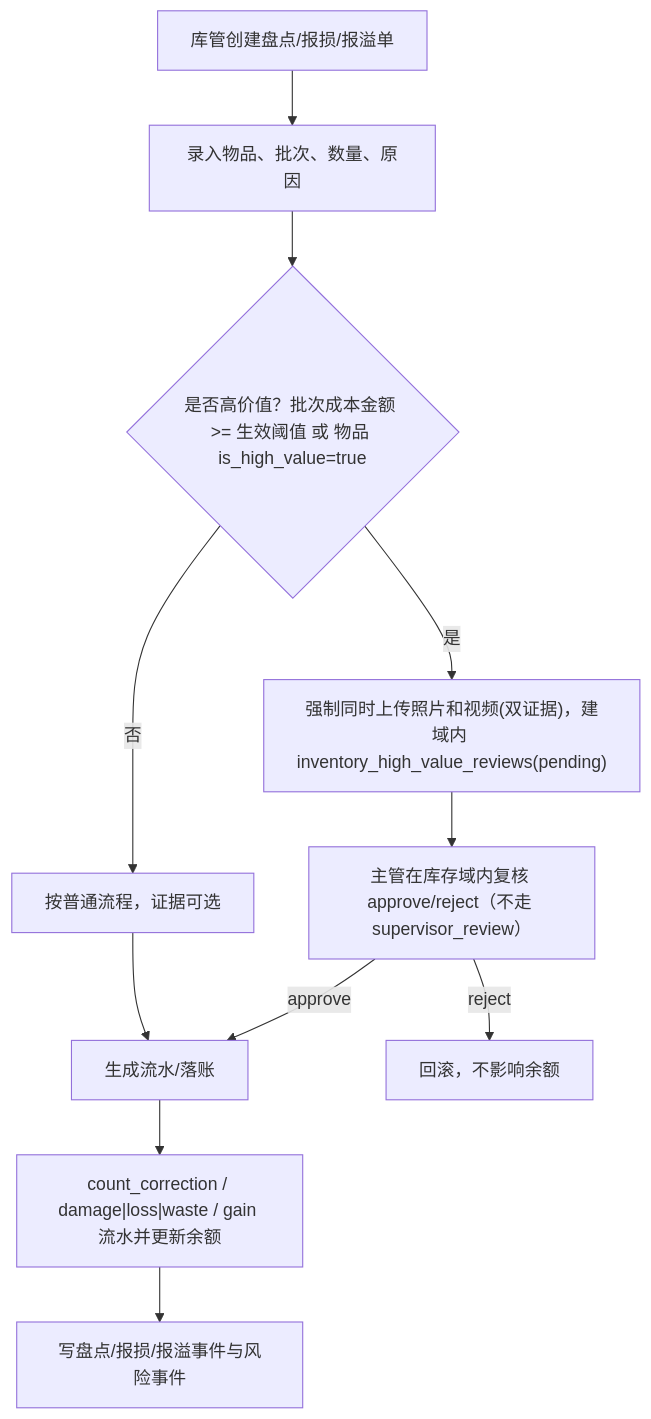
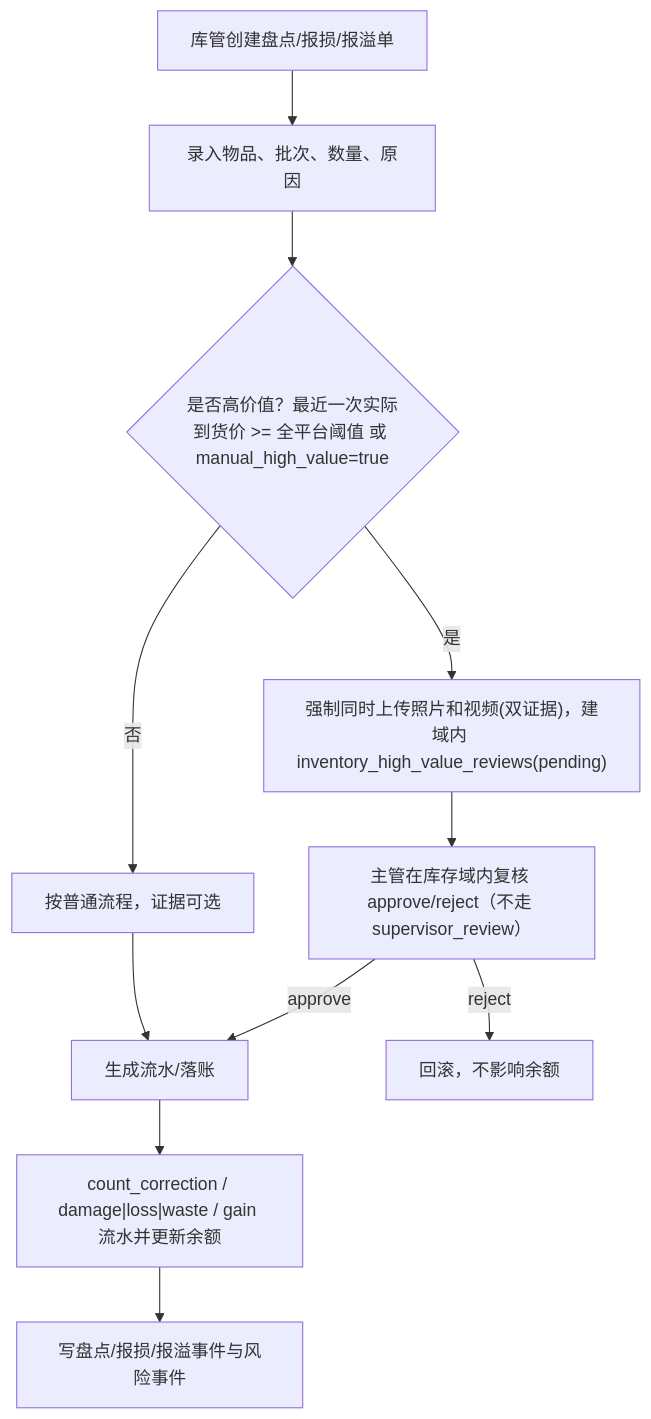
One commit to jxh1979/mall changed the fifth of 5 diagrams in docs/supply-chain-inventory-development-design-v0.1.md. Above: the diagram before and after it, drawn with Mermaid. The commit also changed other lines of this file and 1 other file, not shown here.

````diff
--- a/docs/supply-chain-inventory-development-design-v0.1.md
+++ b/docs/supply-chain-inventory-development-design-v0.1.md
@@ -300,13 +303,13 @@
 ```mermaid
 flowchart TD
   A["库管创建盘点/报损/报溢单"] --> B["录入物品、批次、数量、原因"]
-  B --> C{"是否高价值？批次成本金额 >= 生效阈值 或 物品 is_high_value=true"}
+  B --> C{"是否高价值？最近一次实际到货价 >= 全平台阈值 或 manual_high_value=true"}
   C -- 是 --> D["强制同时上传照片和视频(双证据)，建域内 inventory_high_value_reviews(pending)"]
   C -- 否 --> E["按普通流程，证据可选"]
   D --> D1["主管在库存域内复核 approve/reject（不走 supervisor_review）"]
   D1 -- approve --> F["生成流水/落账"]
   D1 -- reject --> R["回滚，不影响余额"]
   E --> F
   F --> G["count_correction / damage|loss|waste / gain 流水并更新余额"]
   G --> H["写盘点/报损/报溢事件与风险事件"]
 ```
````
